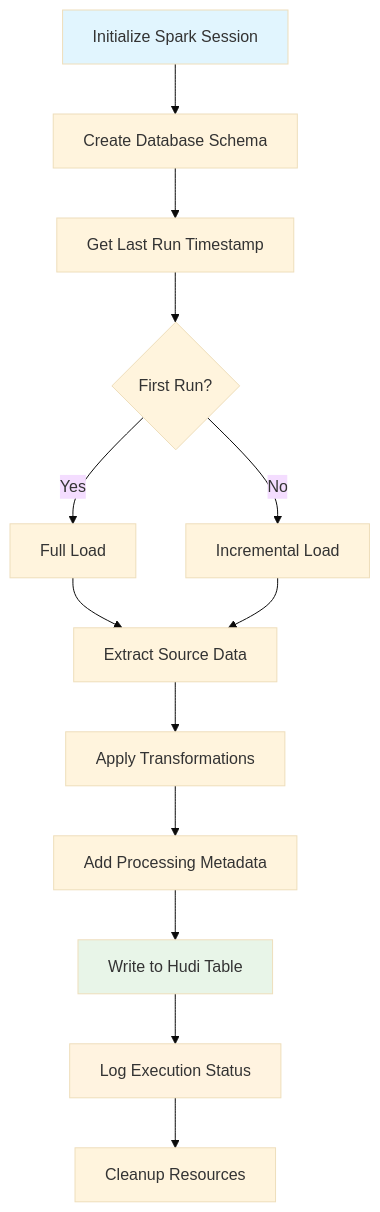
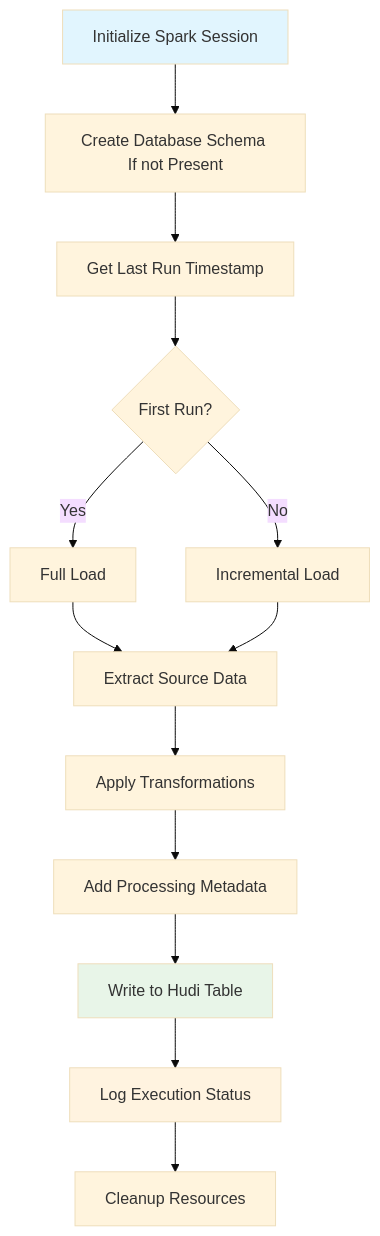
The diagram in README.md (Srayoshi-Mirza/spark-hudi-etl-pipeline), drawn with Mermaid (base theme) before and after one commit.

Commit message:
Updated Flowchart

````diff
--- a/README.md
+++ b/README.md
@@ -272,19 +272,19 @@
 ```mermaid
 graph TD
-    A[Initialize Spark Session] --> B[Create Database Schema]
+    A[Initialize Spark Session] --> B[Create Database Schema If not Present]
     B --> C[Get Last Run Timestamp]
     C --> D{First Run?}
     D -->|Yes| E[Full Load]
     D -->|No| F[Incremental Load]
     E --> G[Extract Source Data]
     F --> G
     G --> H[Apply Transformations]
     H --> I[Add Processing Metadata]
     I --> J[Write to Hudi Table]
     J --> K[Log Execution Status]
     K --> L[Cleanup Resources]
     
     style A fill:#e1f5fe
     style J fill:#e8f5e8
     style K fill:#fff3e0
 ```
````
